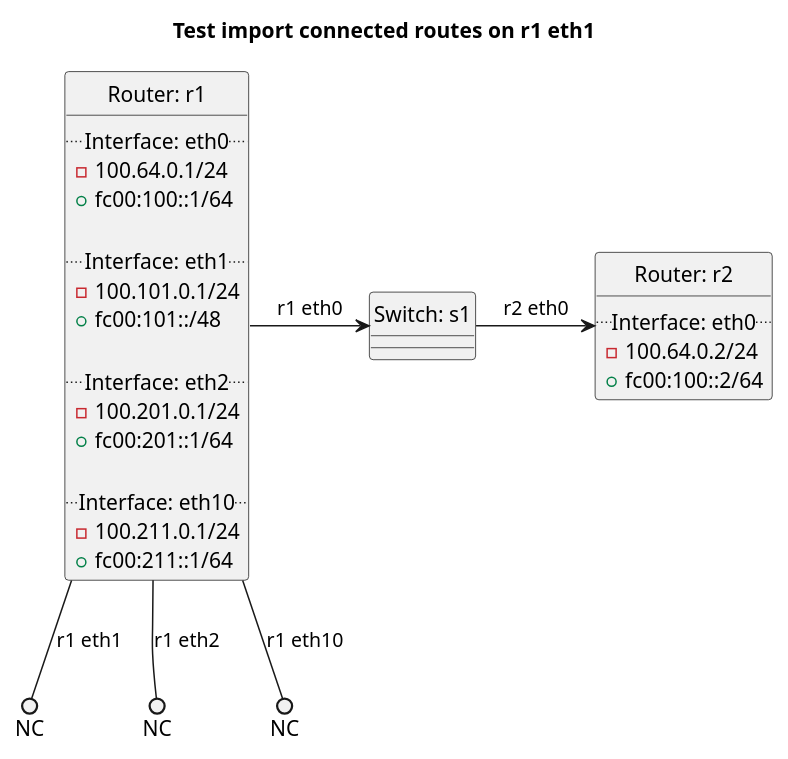
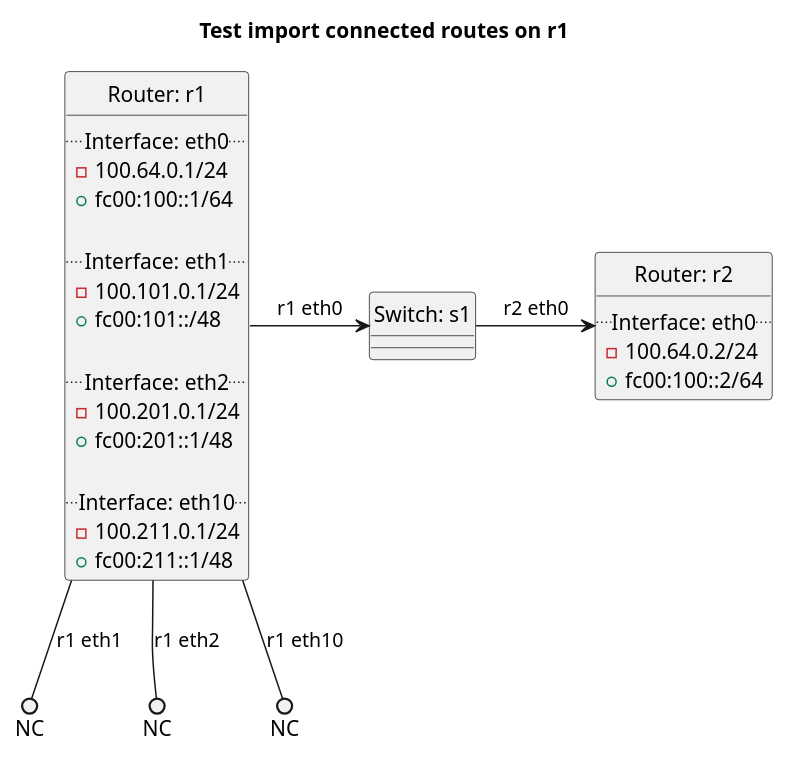
Before and after one commit to oscdev-io/birdplan: the diagram in tests/t40_bgp/t20_import_connected/README.md, drawn with PlantUML. The commit also changed other lines of this file and 1499 other files, not shown here.

````diff
--- a/tests/t40_bgp/t20_import_connected/README.md
+++ b/tests/t40_bgp/t20_import_connected/README.md
@@ -24,43 +22,43 @@
 ```plantuml
 @startuml
 hide circle
-title Test import connected routes on r1 eth1
+title Test import connected routes on r1
 
 
 class "Router: r1" {
   .. Interface: eth0 ..
 - 100.64.0.1/24
 + fc00:100::1/64
 
   .. Interface: eth1 ..
 - 100.101.0.1/24
 + fc00:101::/48
 
   .. Interface: eth2 ..
 - 100.201.0.1/24
-+ fc00:201::1/64
++ fc00:201::1/48
 
   .. Interface: eth10 ..
 - 100.211.0.1/24
-+ fc00:211::1/64
++ fc00:211::1/48
 }
 
 
 class "Router: r2" {
   .. Interface: eth0 ..
 - 100.64.0.2/24
 + fc00:100::2/64
 }
 
 
 class "Switch: s1" {}
 
 
 "Router: r1" -> "Switch: s1": r1 eth0
 "Switch: s1" -> "Router: r2": r2 eth0
 "Router: r1" --() NC: r1 eth1
 "Router: r1" --() NC: r1 eth2
 "Router: r1" --() NC: r1 eth10
 
 @enduml
 ```
````
